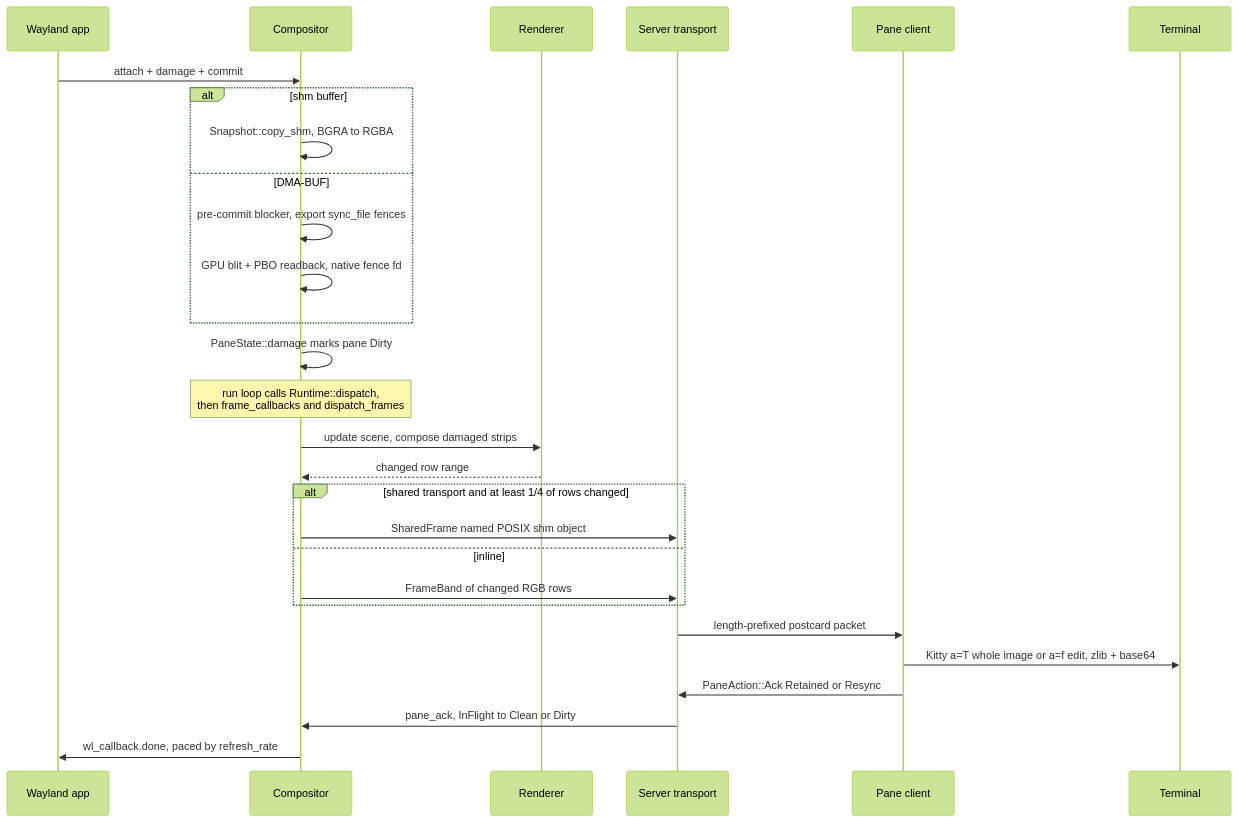
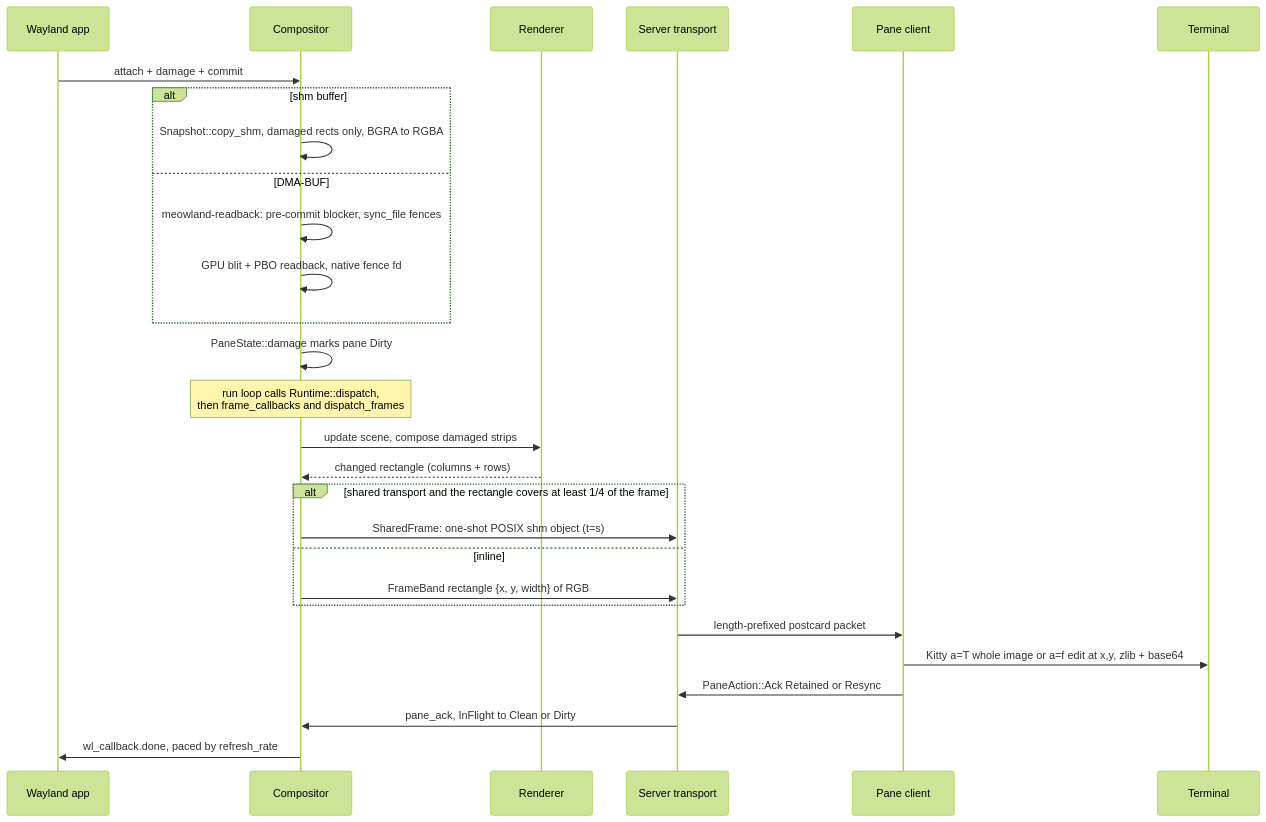
The third of 3 diagrams in README.md (vidhanio/meowland), drawn with Mermaid (forest theme) before and after one commit. The commit also changed other lines of this file and 2 other files, not shown here.

Commit message:
Update TODO, README architecture, and add HANDOFF

````diff
--- a/README.md
+++ b/README.md
@@ -111,31 +133,31 @@
 ```mermaid
 sequenceDiagram
     participant App as Wayland app
     participant C as Compositor
     participant R as Renderer
     participant S as Server transport
     participant P as Pane client
     participant T as Terminal
 
     App->>C: attach + damage + commit
     alt shm buffer
-        C->>C: Snapshot::copy_shm, BGRA to RGBA
+        C->>C: Snapshot::copy_shm, damaged rects only, BGRA to RGBA
     else DMA-BUF
-        C->>C: pre-commit blocker, export sync_file fences
+        C->>C: meowland-readback: pre-commit blocker, sync_file fences
         C->>C: GPU blit + PBO readback, native fence fd
     end
     C->>C: PaneState::damage marks pane Dirty
     Note over C: run loop calls Runtime::dispatch,<br/>then frame_callbacks and dispatch_frames
     C->>R: update scene, compose damaged strips
-    R-->>C: changed row range
-    alt shared transport and at least 1/4 of rows changed
-        C->>S: SharedFrame named POSIX shm object
+    R-->>C: changed rectangle (columns + rows)
+    alt shared transport and the rectangle covers at least 1/4 of the frame
+        C->>S: SharedFrame: one-shot POSIX shm object (t=s)
     else inline
-        C->>S: FrameBand of changed RGB rows
+        C->>S: FrameBand rectangle {x, y, width} of RGB
     end
     S->>P: length-prefixed postcard packet
-    P->>T: Kitty a=T whole image or a=f edit, zlib + base64
+    P->>T: Kitty a=T whole image or a=f edit at x,y, zlib + base64
     P->>S: PaneAction::Ack Retained or Resync
     S->>C: pane_ack, InFlight to Clean or Dirty
     C->>App: wl_callback.done, paced by refresh_rate
 ```
````
